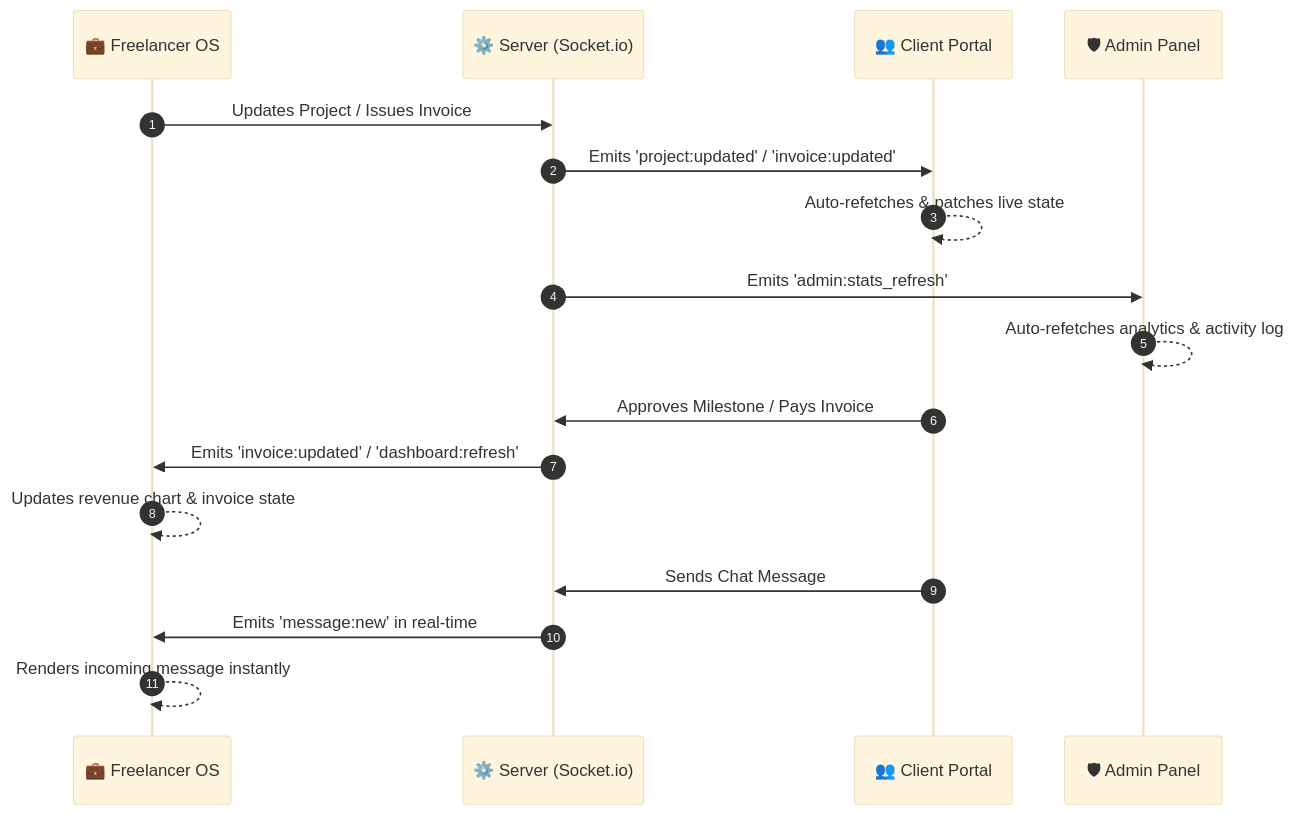
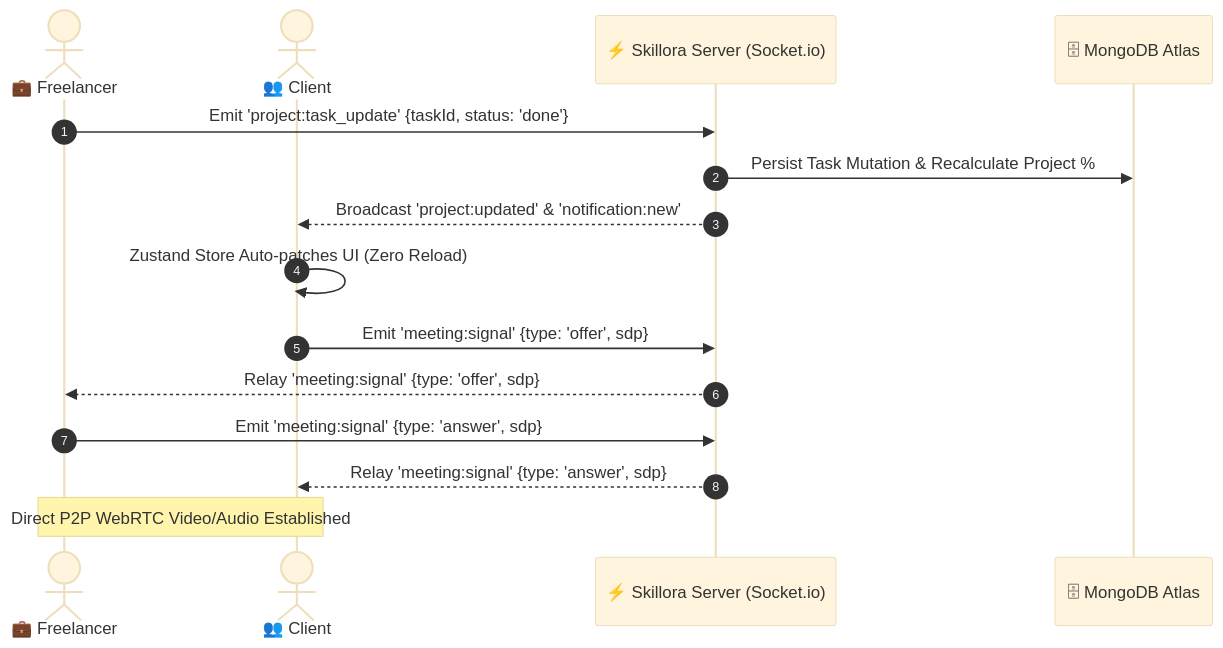
The second of 3 diagrams in README.md (Aaryan-9784/Skillora), drawn with Mermaid (base theme) before and after one commit. The commit also changed other lines of this file and 1 other file, not shown here.

Commit message:
docs: overhaul README with comprehensive enterprise architecture and feature documentation

````diff
--- a/README.md
+++ b/README.md
@@ -191,22 +181,19 @@
 ```mermaid
 sequenceDiagram
     autonumber
-    participant F as 💼 Freelancer OS
-    participant S as ⚙️ Server (Socket.io)
-    participant C as 👥 Client Portal
-    participant A as 🛡 Admin Panel
+    actor Freelancer as 💼 Freelancer
+    actor Client as 👥 Client
+    participant Server as ⚡ Skillora Server (Socket.io)
+    participant DB as 🗄 MongoDB Atlas
 
-    F->>S: Updates Project / Issues Invoice
-    S->>C: Emits 'project:updated' / 'invoice:updated'
-    C-->>C: Auto-refetches & patches live state
-    S->>A: Emits 'admin:stats_refresh'
-    A-->>A: Auto-refetches analytics & activity log
+    Freelancer->>Server: Emit 'project:task_update' {taskId, status: 'done'}
+    Server->>DB: Persist Task Mutation & Recalculate Project %
+    Server-->>Client: Broadcast 'project:updated' & 'notification:new'
+    Client->>Client: Zustand Store Auto-patches UI (Zero Reload)
 
-    C->>S: Approves Milestone / Pays Invoice
-    S->>F: Emits 'invoice:updated' / 'dashboard:refresh'
-    F-->>F: Updates revenue chart & invoice state
-
-    C->>S: Sends Chat Message
-    S->>F: Emits 'message:new' in real-time
-    F-->>F: Renders incoming message instantly
+    Client->>Server: Emit 'meeting:signal' {type: 'offer', sdp}
+    Server-->>Freelancer: Relay 'meeting:signal' {type: 'offer', sdp}
+    Freelancer->>Server: Emit 'meeting:signal' {type: 'answer', sdp}
+    Server-->>Client: Relay 'meeting:signal' {type: 'answer', sdp}
+    Note over Freelancer,Client: Direct P2P WebRTC Video/Audio Established
 ```
````
